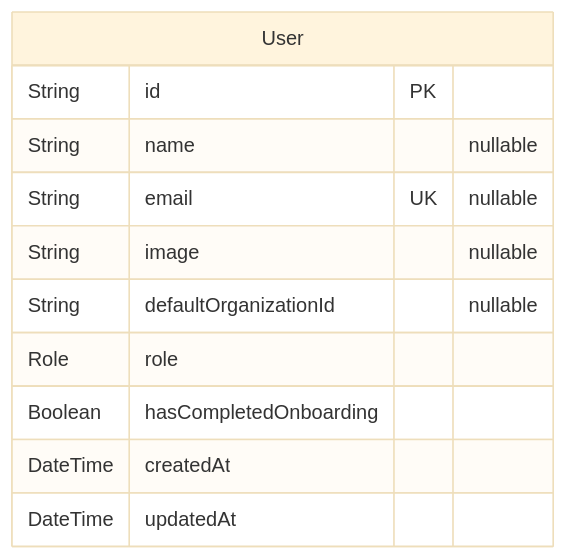
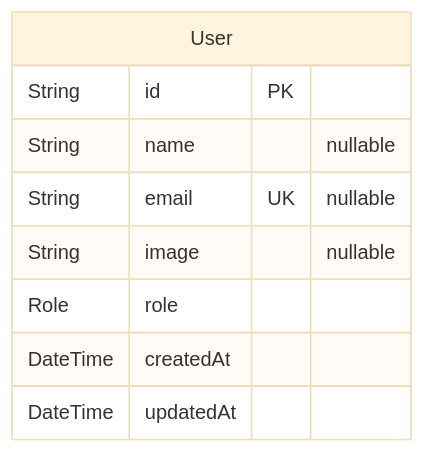
Before and after one commit to rayven122/tumiki: the sixth of 7 diagrams in packages/db/prisma/README.md, drawn with Mermaid (base theme). The commit also changed other lines of this file and 9 other files, not shown here.

First line of the commit message:
Refactor Prisma schema files for improved readability and consistency

````diff
--- a/packages/db/prisma/README.md
+++ b/packages/db/prisma/README.md
@@ -815,14 +756,12 @@
 ```mermaid
 erDiagram
 "User" {
   String id PK
   String name "nullable"
   String email UK "nullable"
   String image "nullable"
-  String defaultOrganizationId "nullable"
   Role role
-  Boolean hasCompletedOnboarding
   DateTime createdAt
   DateTime updatedAt
 }
 ```
````
